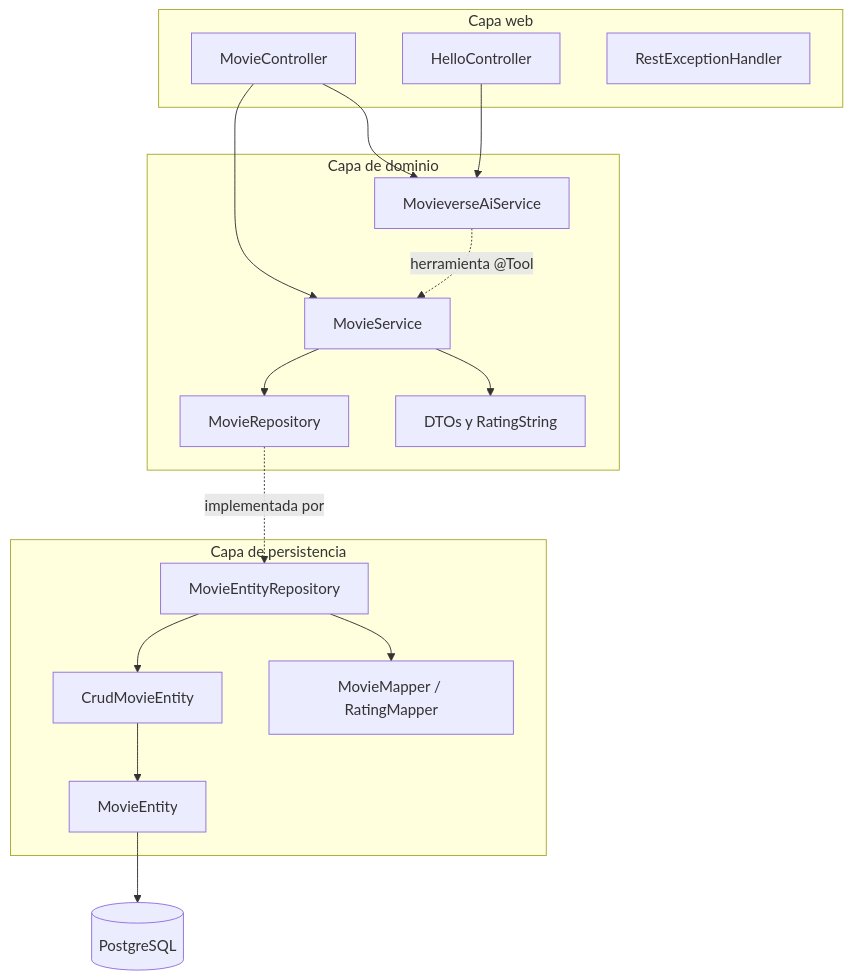
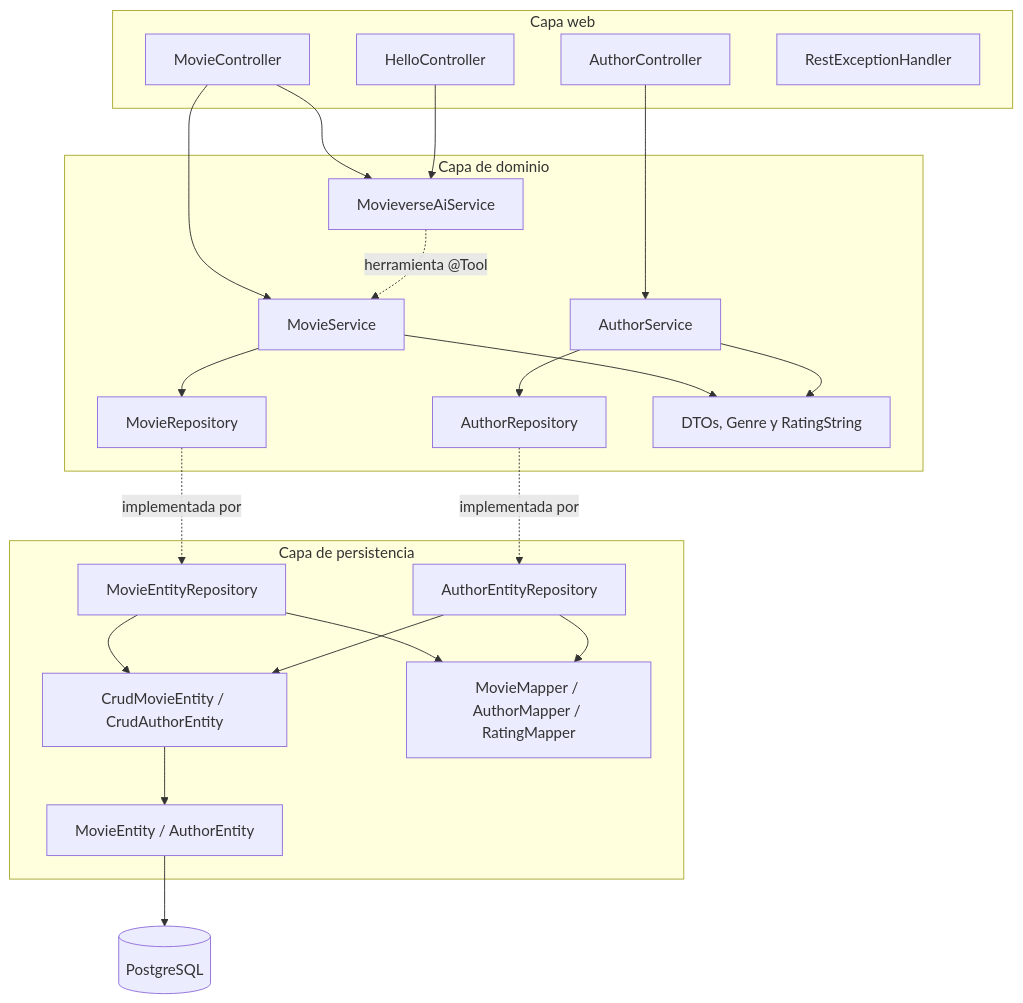
The first of 3 diagrams in ARCHITECTURE.md (afperdomo2/movieverse_api_java_spring), drawn with Mermaid before and after one commit. The commit also changed other lines of this file and 39 other files, not shown here.

Commit message:
Add validation tests for Create, Patch, and Update Author DTOs; implement Author service and repository tests; create Author controller tests

````diff
--- a/ARCHITECTURE.md
+++ b/ARCHITECTURE.md
@@ -15,36 +15,46 @@
 ```mermaid
 flowchart TB
   subgraph Web["Capa web"]
     MC[MovieController]
+    AC[AuthorController]
     HC[HelloController]
     EH[RestExceptionHandler]
   end
 
   subgraph Domain["Capa de dominio"]
     MS[MovieService]
+    AS[AuthorService]
     MR[MovieRepository]
+    AR[AuthorRepository]
     AI[MovieverseAiService]
-    DTO[DTOs y RatingString]
+    DTO[DTOs, Genre y RatingString]
   end
 
   subgraph Persistence["Capa de persistencia"]
     PER[MovieEntityRepository]
-    CRUD[CrudMovieEntity]
-    MAP[MovieMapper / RatingMapper]
-    ENT[MovieEntity]
+    AER[AuthorEntityRepository]
+    CRUD[CrudMovieEntity / CrudAuthorEntity]
+    MAP[MovieMapper / AuthorMapper / RatingMapper]
+    ENT[MovieEntity / AuthorEntity]
   end
 
   DB[(PostgreSQL)]
 
   MC --> MS
   MC --> AI
+  AC --> AS
   HC --> AI
   MS --> MR
+  AS --> AR
   MR -. implementada por .-> PER
+  AR -. implementada por .-> AER
   PER --> CRUD
+  AER --> CRUD
   PER --> MAP
+  AER --> MAP
   CRUD --> ENT
   ENT --> DB
   MS --> DTO
+  AS --> DTO
   AI -. herramienta @Tool .-> MS
 ```
````
